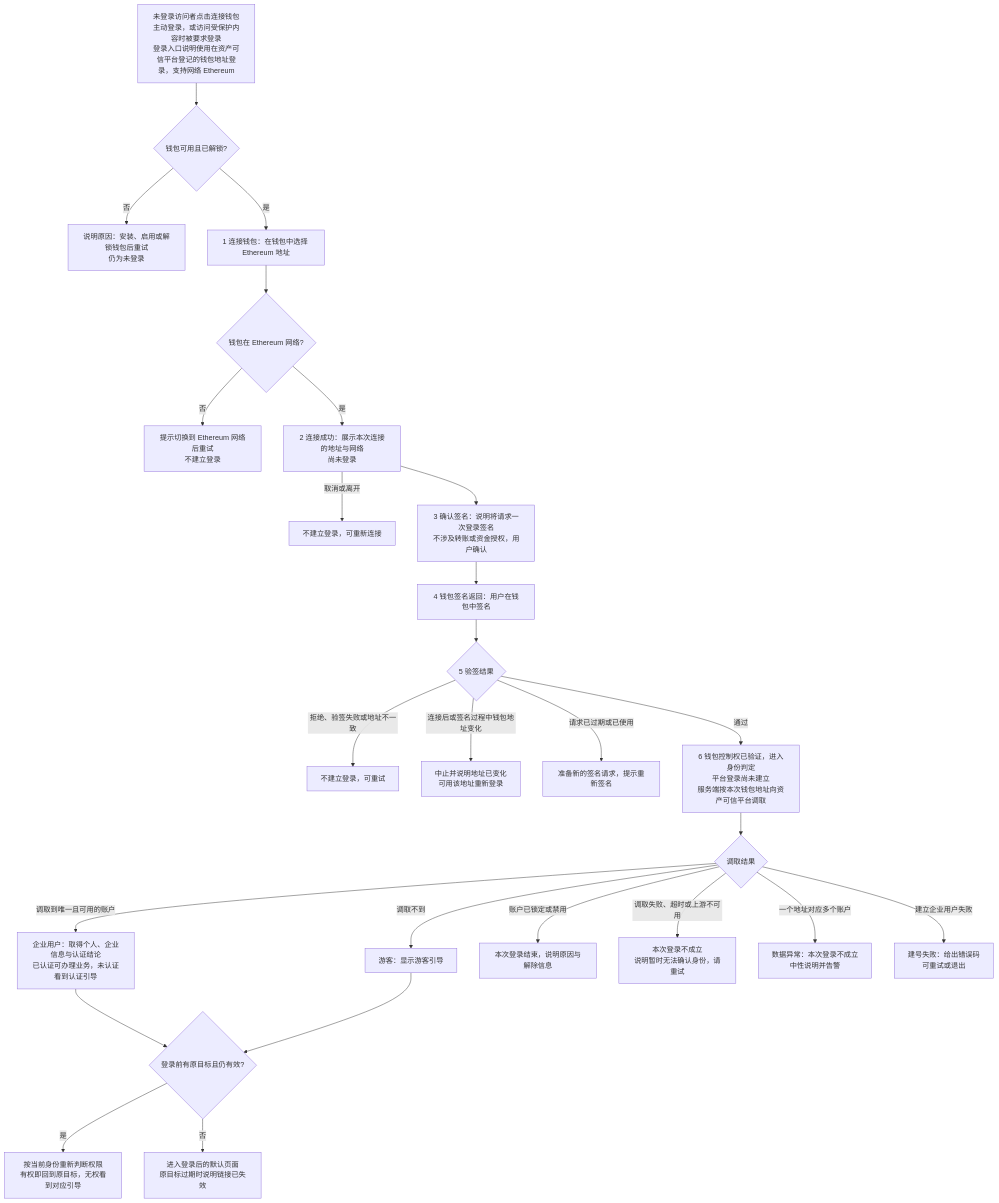
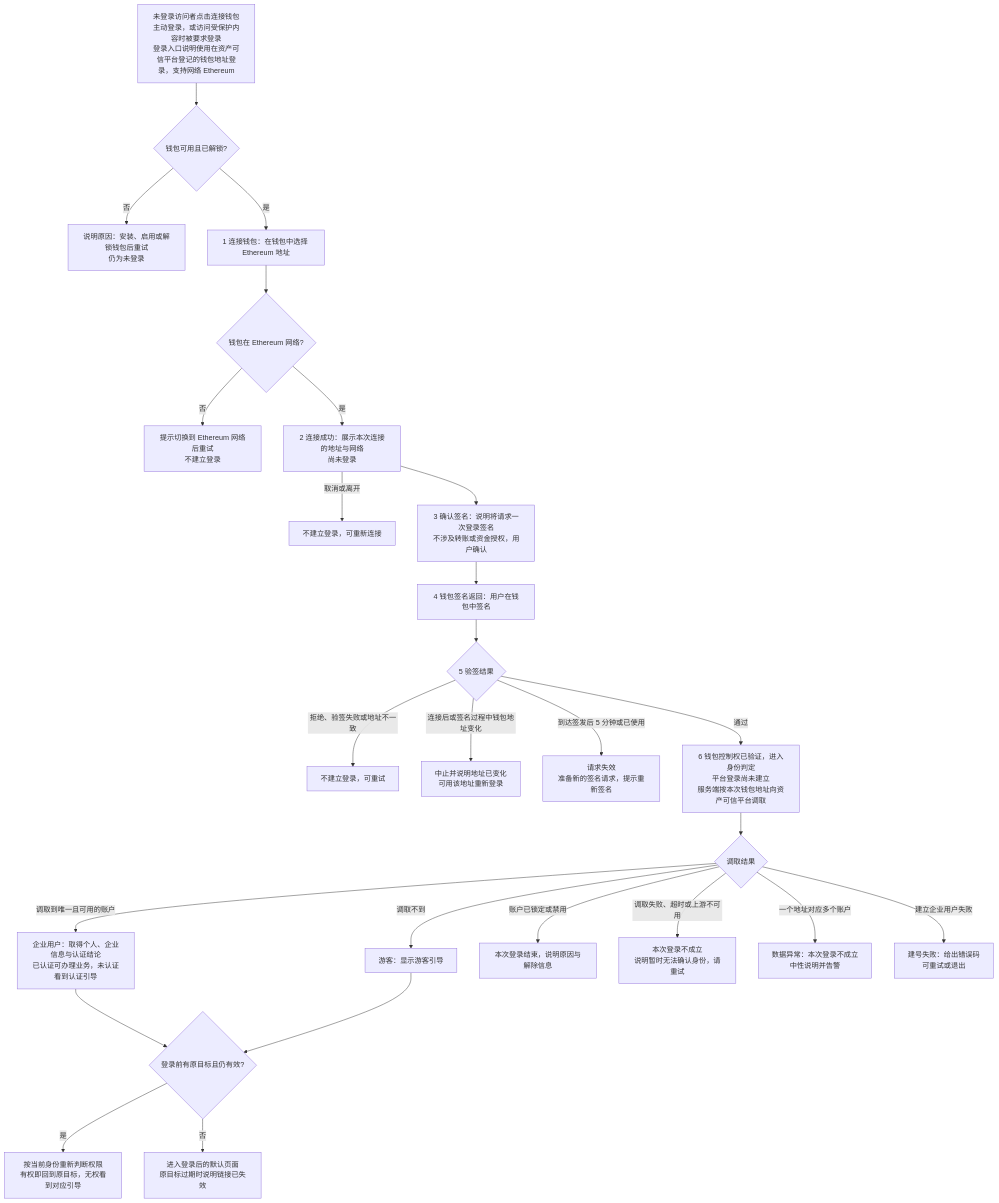
Before and after one commit to wxblockchain/Chain-Financing: the first of 5 diagrams in token-issuance-platform/PRD/面客端/M1-企业登录与企业账户/02-企业登录与企业账户-流程图与状态机.md, drawn with Mermaid. The commit also changed other lines of this file and 2 other files, not shown here.

````diff
--- a/token-issuance-platform/PRD/面客端/M1-企业登录与企业账户/02-企业登录与企业账户-流程图与状态机.md
+++ b/token-issuance-platform/PRD/面客端/M1-企业登录与企业账户/02-企业登录与企业账户-流程图与状态机.md
@@ -18,28 +18,28 @@
 ```mermaid
 flowchart TD
     A[未登录访问者点击连接钱包<br/>主动登录，或访问受保护内容时被要求登录<br/>登录入口说明使用在资产可信平台登记的钱包地址登录，支持网络 Ethereum] --> B{钱包可用且已解锁?}
     B -->|否| B1[说明原因：安装、启用或解锁钱包后重试<br/>仍为未登录]
     B -->|是| C[1 连接钱包：在钱包中选择 Ethereum 地址]
     C --> D{钱包在 Ethereum 网络?}
     D -->|否| D1[提示切换到 Ethereum 网络后重试<br/>不建立登录]
     D -->|是| C2[2 连接成功：展示本次连接的地址与网络<br/>尚未登录]
     C2 -->|取消或离开| C3[不建立登录，可重新连接]
     C2 --> E[3 确认签名：说明将请求一次登录签名<br/>不涉及转账或资金授权，用户确认]
     E --> F[4 钱包签名返回：用户在钱包中签名]
     F --> G{5 验签结果}
     G -->|拒绝、验签失败或地址不一致| G1[不建立登录，可重试]
     G -->|连接后或签名过程中钱包地址变化| G2[中止并说明地址已变化<br/>可用该地址重新登录]
-    G -->|请求已过期或已使用| G3[准备新的签名请求，提示重新签名]
+    G -->|到达签发后 5 分钟或已使用| G3[请求失效<br/>准备新的签名请求，提示重新签名]
     G -->|通过| H[6 钱包控制权已验证，进入身份判定<br/>平台登录尚未建立<br/>服务端按本次钱包地址向资产可信平台调取]
     H --> I{调取结果}
     I -->|调取到唯一且可用的账户| J[企业用户：取得个人、企业信息与认证结论<br/>已认证可办理业务，未认证看到认证引导]
     I -->|调取不到| K[游客：显示游客引导]
     I -->|账户已锁定或禁用| L[本次登录结束，说明原因与解除信息]
     I -->|调取失败、超时或上游不可用| M[本次登录不成立<br/>说明暂时无法确认身份，请重试]
     I -->|一个地址对应多个账户| N[数据异常：本次登录不成立<br/>中性说明并告警]
     I -->|建立企业用户失败| O[建号失败：给出错误码<br/>可重试或退出]
     J --> P{登录前有原目标且仍有效?}
     K --> P
     P -->|是| Q[按当前身份重新判断权限<br/>有权即回到原目标，无权看到对应引导]
     P -->|否| R[进入登录后的默认页面<br/>原目标过期时说明链接已失效]
 ```
````
